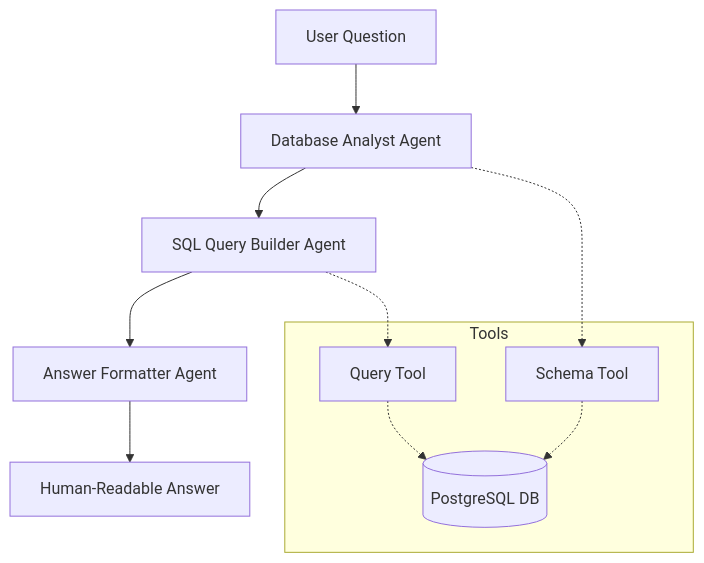
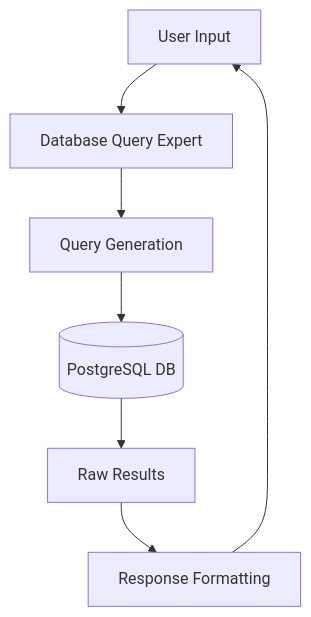
Before and after one commit to timbuchinger/postgresql-agent: the diagram in memory-bank/systemPatterns.md, drawn with Mermaid. The commit also changed other lines of this file and 21 other files, not shown here.

Commit message:
Update app to simplify agent flow

````diff
--- a/memory-bank/systemPatterns.md
+++ b/memory-bank/systemPatterns.md
@@ -6,18 +35,9 @@
 ```mermaid
-graph TD
-    User[User Question] --> Analyst[Database Analyst Agent]
-    Analyst --> QueryBuilder[SQL Query Builder Agent]
-    QueryBuilder --> AnswerGen[Answer Formatter Agent]
-    AnswerGen --> Response[Human-Readable Answer]
-
-    subgraph Tools
-        DB[(PostgreSQL DB)]
-        Schema[Schema Tool]
-        Query[Query Tool]
-    end
-
-    Analyst -.-> Schema
-    QueryBuilder -.-> Query
-    Query -.-> DB
-    Schema -.-> DB
+flowchart TD
+    User[User Input] --> Agent[Database Query Expert]
+    Agent --> QueryGen[Query Generation]
+    QueryGen --> DB[(PostgreSQL DB)]
+    DB --> Results[Raw Results]
+    Results --> Format[Response Formatting]
+    Format --> User
 ```
````
